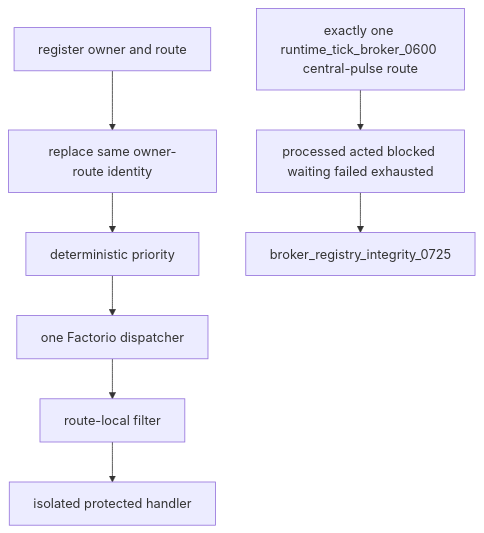
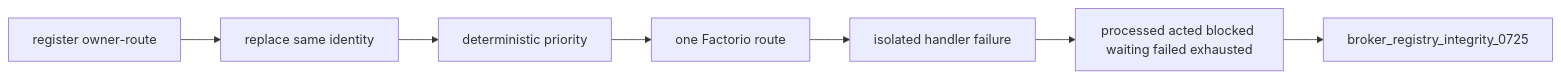
One commit to mrcalzon02/Tech-Priests changed the ninth of 11 diagrams in docs/RECOVERY_AUTHORITY_MAP_CURRENT.md. Above: the diagram before and after it, drawn with Mermaid. The commit also changed other lines of this file, not shown here.

````diff
--- a/docs/RECOVERY_AUTHORITY_MAP_CURRENT.md
+++ b/docs/RECOVERY_AUTHORITY_MAP_CURRENT.md
@@ -207,15 +212,11 @@
 ```mermaid
-flowchart TD
-    Register[register owner and route]
-    Upsert[replace same owner-route identity]
+flowchart LR
+    Register[register owner-route]
+    Upsert[replace same identity]
     Sort[deterministic priority]
-    Dispatch[one Factorio dispatcher]
-    Filter[route-local filter]
-    Call[isolated protected handler]
-    BrokerRoute[exactly one runtime_tick_broker_0600 central-pulse route]
+    Dispatch[one Factorio route]
+    Isolate[isolated handler failure]
     Normalize[processed acted blocked waiting failed exhausted]
     Audit[broker_registry_integrity_0725]
-
-    Register --> Upsert --> Sort --> Dispatch --> Filter --> Call
-    BrokerRoute --> Normalize --> Audit
+    Register --> Upsert --> Sort --> Dispatch --> Isolate --> Normalize --> Audit
 ```
````
